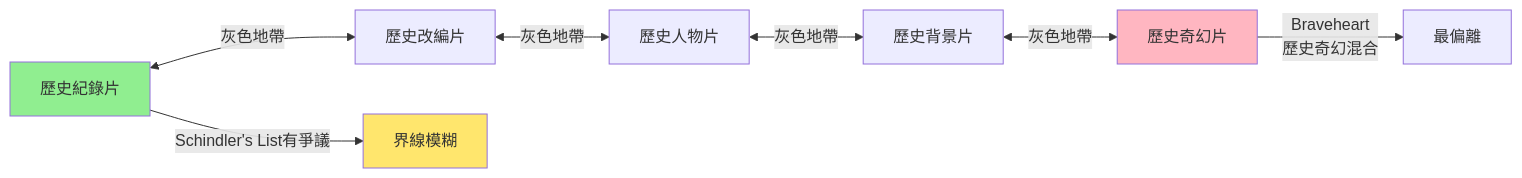
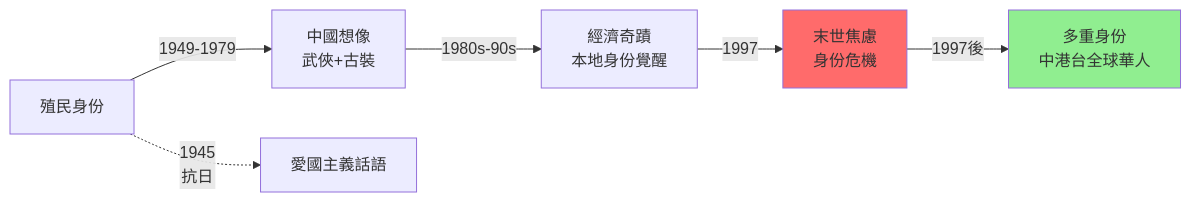
The ninth of 10 diagrams in 01_HKU_Courses/HIST2031_History_through_Film.md (yip-lgtm/HKU-Harvard-History-Self-Study), drawn with Mermaid before and after one commit. The commit also changed other lines of this file and 25 other files, not shown here.

````diff
--- a/01_HKU_Courses/HIST2031_History_through_Film.md
+++ b/01_HKU_Courses/HIST2031_History_through_Film.md
@@ -248,12 +334,10 @@
 ```mermaid
 graph LR
-    A["歷史紀錄片"] <-->|"灰色地帶"| B["歷史改編片"]
-    B <-->|"灰色地帶"| C["歷史人物片"]
-    C <-->|"灰色地帶"| D["歷史背景片"]
-    D <-->|"灰色地帶"| E["歷史奇幻片"]
-    A -->|"Schindler's List有爭議"| A1["界線模糊"]
-    E -->|"Braveheart<br/>歷史奇幻混合"| E1["最偏離"]
-    style A fill:#90EE90
-    style E fill:#FFB6C1
-    style A1 fill:#FFE66D
+    A["殖民身份"] -->|"1949-1979"| B["中國想像<br/>武俠+古裝"]
+    B -->|"1980s-90s"| C["經濟奇蹟<br/>本地身份覺醒"]
+    C -->|"1997"| D["末世焦慮<br/>身份危機"]
+    D -->|"1997後"| E["多重身份<br/>中港台全球華人"]
+    A -.->|"1945<br/>抗日"| F["愛國主義話語"]
+    style D fill:#FF6B6B
+    style E fill:#90EE90
 ```
````
